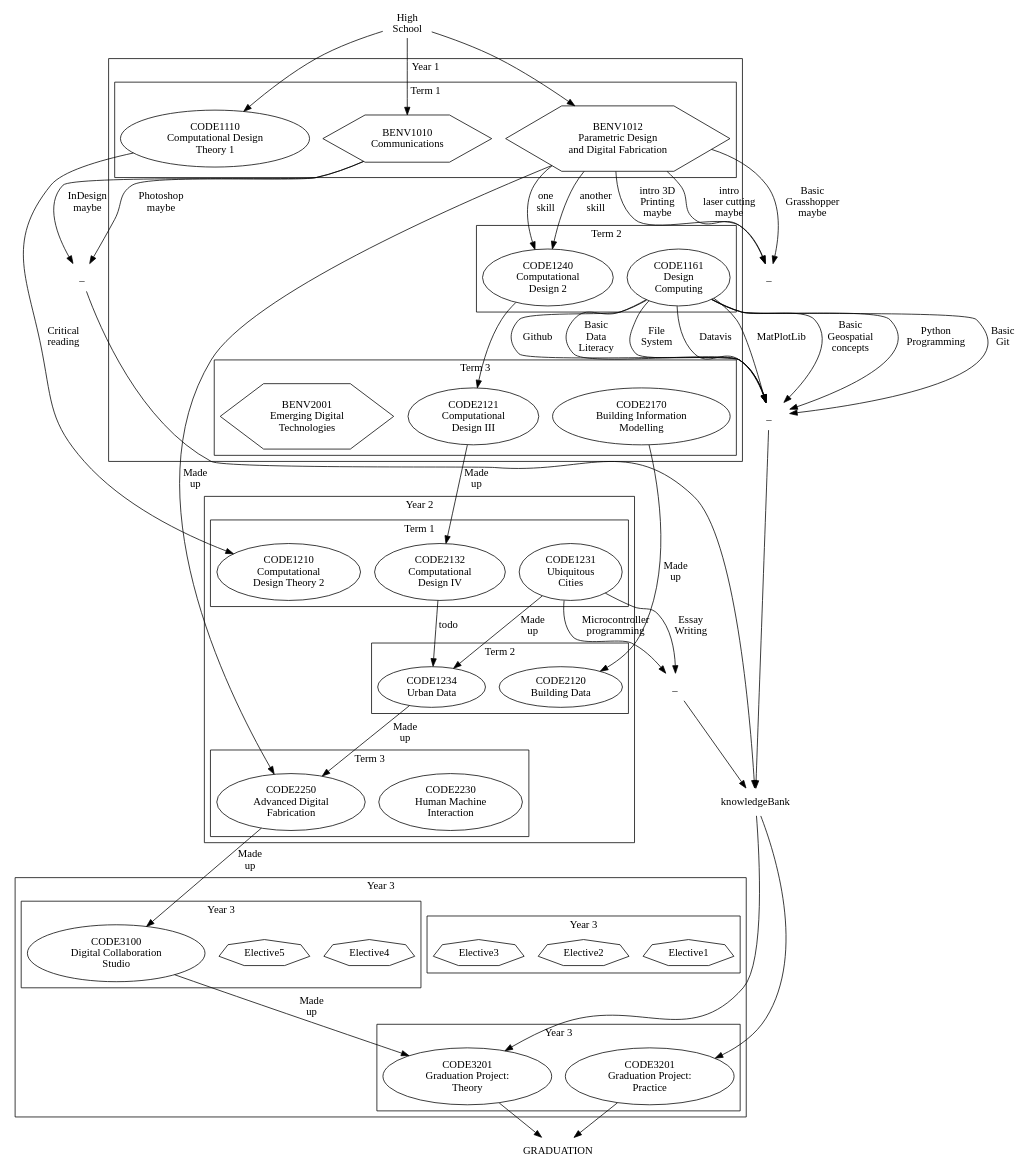
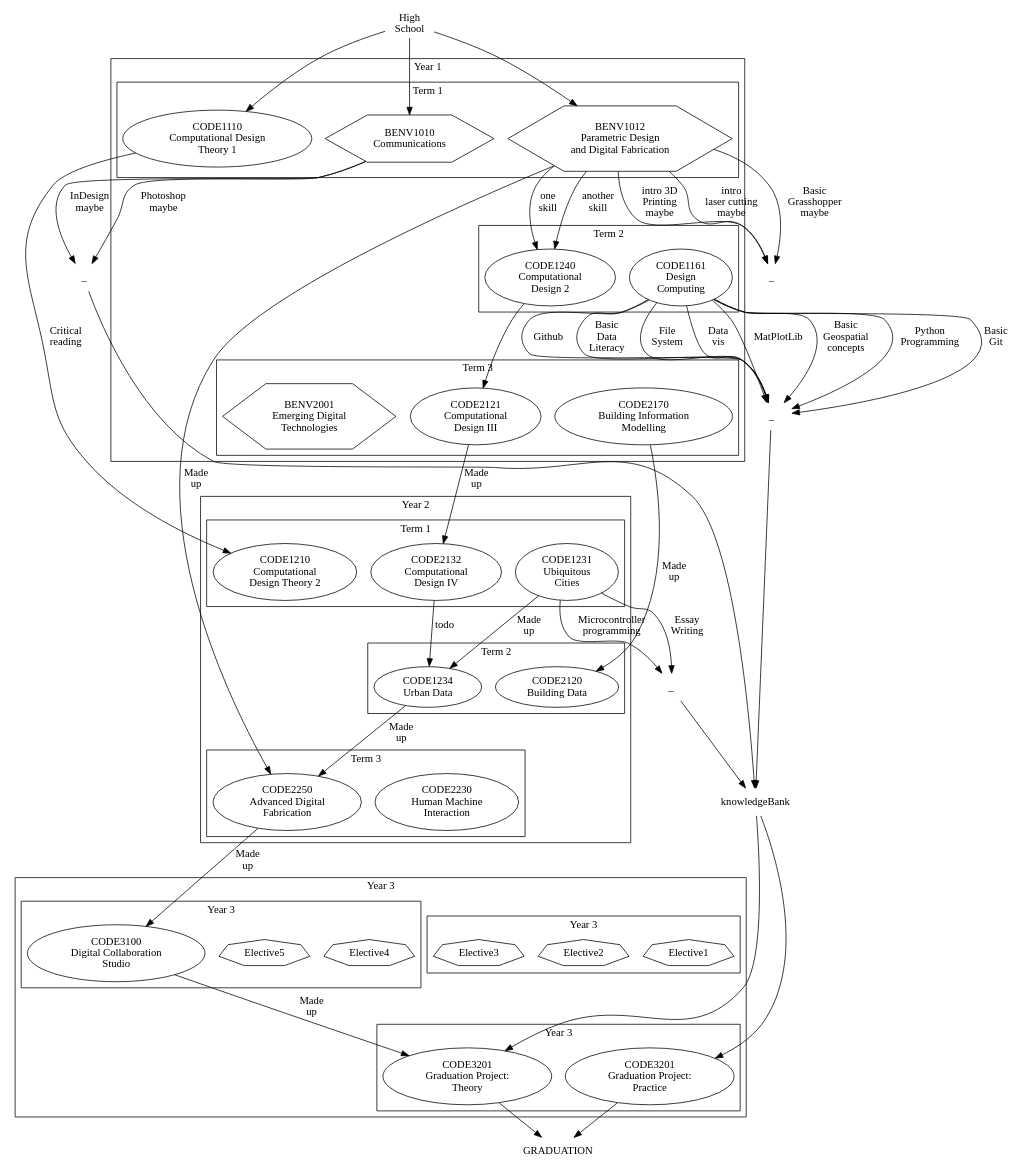
One commit to notionparallax/course-map changed the diagram in code.dot. Above: the diagram before and after it, drawn with Graphviz.

```diff
--- a/code.dot
+++ b/code.dot
@@ -1,123 +1,123 @@
 digraph G {
     // rankdir=LR; // Delete the slashes if you prefer this to run left to right
     HighSchool [label="High\nSchool" shape=plaintext]
     HighSchool -> BENV1012
     HighSchool -> BENV1010
     HighSchool -> CODE1110
     
     subgraph cluster_y1 {
         label = "Year 1";
         subgraph cluster_y1_t1 {
             label = "Term 1";
             BENV1012 [label="BENV1012\nParametric Design\nand Digital Fabrication" shape=hexagon]
             BENV1010 [label="BENV1010\nCommunications" shape=hexagon]
             CODE1110 [label="CODE1110\nComputational Design\nTheory 1"]
             rank = same; BENV1012; BENV1010; CODE1110;
           }
           subgraph cluster_y1_t2 {
             label = "Term 2";
             CODE1240 [label="CODE1240\nComputational\nDesign 2"]
             CODE1161 [label="CODE1161\nDesign\nComputing"]
             rank = same; CODE1240; CODE1161;
           }
           subgraph cluster_y1_t3 {
               label = "Term 3";
               CODE2121 [label="CODE2121\nComputational\nDesign III"]
               CODE2170 [label="CODE2170\nBuilding Information\nModelling"]
               BENV2001 [label="BENV2001\nEmerging Digital\nTechnologies" shape=hexagon]
               rank = same; CODE2170; CODE2121; BENV2001;
           }
     }
     BENV1012 -> CODE1240 [label="one\nskill"]
     BENV1012 -> CODE1240 [label="another\nskill"]
     CODE1240 -> CODE2121
     
     // Design Computing intoduces these skills
     dummy1161 [label="_" shape=plaintext] //Placeholder for skills that don't go anywhere yet
     CODE1161 -> dummy1161 [label="Python\nProgramming"]
     CODE1161 -> dummy1161 [label="Basic\nGit"]
     CODE1161 -> dummy1161 [label="Github"]
     CODE1161 -> dummy1161 [label="Basic\nData\nLiteracy"]
     CODE1161 -> dummy1161 [label="File\nSystem"]
-    CODE1161 -> dummy1161 [label="Data\vis"]
+    CODE1161 -> dummy1161 [label="Data\nvis"]
     CODE1161 -> dummy1161 [label="MatPlotLib"]
     CODE1161 -> dummy1161 [label="Basic\nGeospatial\nconcepts"]
     
     // Parametric Design and Digital Fabrication intoduces these skills
     dummyBENV1012 [label="_" shape=plaintext] //Placeholder for skills that don't go anywhere yet
     BENV1012 -> dummyBENV1012 [label="Basic\nGrasshopper\nmaybe"]
     BENV1012 -> dummyBENV1012 [label="intro 3D\nPrinting\nmaybe"]
     BENV1012 -> dummyBENV1012 [label="intro\nlaser cutting\nmaybe"]
     
     // Communications intoduces these skills
     dummyBENV1010 [label="_" shape=plaintext] //Placeholder for skills that don't go anywhere yet
     BENV1010 -> dummyBENV1010 [label="Photoshop\nmaybe"]
     BENV1010 -> dummyBENV1010 [label="InDesign\nmaybe"]
     
     
     subgraph cluster_y2 {
         label = "Year 2";
         subgraph cluster_y2_t1 {
             label = "Term 1";
             CODE2132 [label="CODE2132\nComputational\nDesign IV"]
             CODE1210 [label="CODE1210\nComputational\nDesign Theory 2"]
             CODE1231 [label="CODE1231\nUbiquitous\nCities"]
             rank = same; CODE2132; CODE1210; CODE1231;
         }
         subgraph cluster_y2_t2 {
             label = "Term 2";
             CODE2120 [label="CODE2120\nBuilding Data"]
             CODE1234 [label="CODE1234\nUrban Data"]
             rank = same; CODE2120; CODE1234;
         }
         subgraph cluster_y2_t3 {
             label = "Term 3";
             CODE2230 [label="CODE2230\nHuman Machine\nInteraction"]
             CODE2250 [label="CODE2250\nAdvanced Digital\nFabrication"]
             rank = same; CODE2230;
         }
     }
     // Ubiquitous Cities intoduces these skills
     dummy1231 [label="_" shape=plaintext] //Placeholder for skills that don't go anywhere yet
     CODE1231 -> dummy1231 [label="Microcontroller\nprogramming"]
     CODE1231 -> dummy1231 [label="Essay\nWriting"]
     
     CODE2170 -> CODE2120 [label="Made\nup"]
     CODE1110 -> CODE1210 [label="Critical\nreading"]
     CODE2121 -> CODE2132 [label="Made\nup"]
     BENV1012 -> CODE2250 [label="Made\nup"]
     CODE1231 -> CODE1234 [label="Made\nup"]
     CODE1234 -> CODE2250 [label="Made\nup"]
 
     subgraph cluster_y3 {
         label = "Year 3";
         subgraph cluster_y3_t1 {
             Elective1 [shape=septagon]
             Elective2 [shape=septagon]
             Elective3 [shape=septagon]
         }
         subgraph cluster_y3_t2 {
             Elective4 [shape=septagon]
             Elective5 [shape=septagon]
             CODE3100 [label="CODE3100\nDigital Collaboration\nStudio"]
         }
         subgraph cluster_y3_t3 {
             CODE3201 [label="CODE3201\nGraduation Project:\nTheory"]
             CODE3202 [label="CODE3201\nGraduation Project:\nPractice"]
         }
     }
     CODE2132 -> CODE1234 [label="todo"]
     
     knowledgeBank [shape=plaintext]
     dummy1231 -> knowledgeBank
     dummy1161 -> knowledgeBank
     dummyBENV1010 -> knowledgeBank
     knowledgeBank -> CODE3202
     knowledgeBank -> CODE3201
 
     GRADUATION [shape=plaintext]
     CODE2250 -> CODE3100 [label="Made\nup"]
     CODE3100 -> CODE3201 [label="Made\nup"]
     CODE3202 -> GRADUATION
     CODE3201 -> GRADUATION
 }
```
